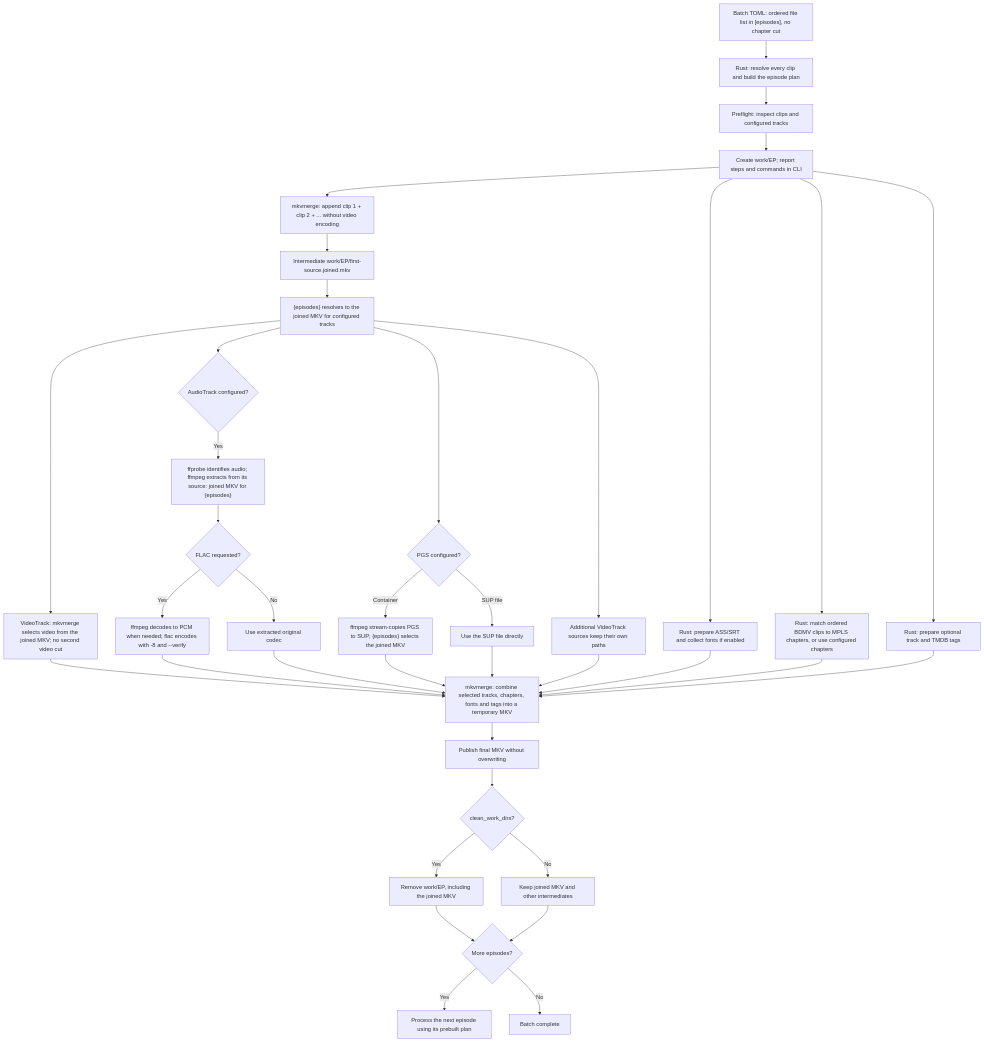
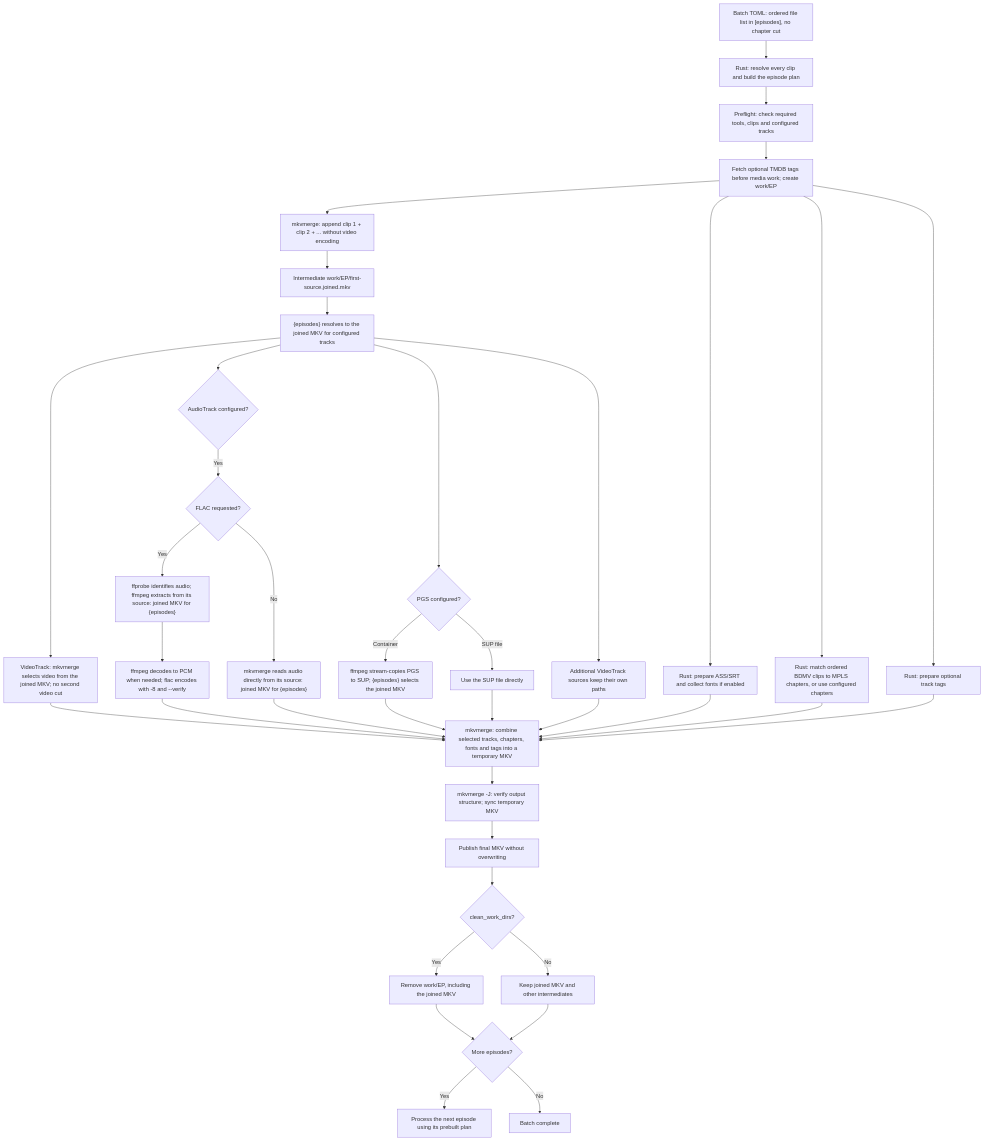
The diagram in docs/multi-part-flow.mmd (IncYami/muxcraft), drawn with Mermaid before and after one commit. The commit also changed 17 other files, not shown here.

```diff
--- a/docs/multi-part-flow.mmd
+++ b/docs/multi-part-flow.mmd
@@ -1,37 +1,38 @@
 flowchart TD
     A["Batch TOML: ordered file list in [episodes], no chapter cut"] --> B["Rust: resolve every clip and build the episode plan"]
-    B --> C["Preflight: inspect clips and configured tracks"]
-    C --> W["Create work/EP; report steps and commands in CLI"]
+    B --> C["Preflight: check required tools, clips and configured tracks"]
+    C --> W["Fetch optional TMDB tags before media work; create work/EP"]
     W --> JOIN["mkvmerge: append clip 1 + clip 2 + ... without video encoding"]
     JOIN --> JFILE["Intermediate work/EP/first-source.joined.mkv"]
     JFILE --> VAR["{episodes} resolves to the joined MKV for configured tracks"]
     VAR --> V["VideoTrack: mkvmerge selects video from the joined MKV; no second video cut"]
     VAR --> AU{"AudioTrack configured?"}
-    AU -- Yes --> AX["ffprobe identifies audio; ffmpeg extracts from its source: joined MKV for {episodes}"]
-    AX --> AC{"FLAC requested?"}
-    AC -- Yes --> FL["ffmpeg decodes to PCM when needed; flac encodes with -8 and --verify"]
-    AC -- No --> CP["Use extracted original codec"]
+    AU -- Yes --> AC{"FLAC requested?"}
+    AC -- Yes --> AX["ffprobe identifies audio; ffmpeg extracts from its source: joined MKV for {episodes}"]
+    AX --> FL["ffmpeg decodes to PCM when needed; flac encodes with -8 and --verify"]
+    AC -- No --> CP["mkvmerge reads audio directly from its source: joined MKV for {episodes}"]
     VAR --> PG{"PGS configured?"}
     PG -- Container --> PX["ffmpeg stream-copies PGS to SUP; {episodes} selects the joined MKV"]
     PG -- SUP file --> PD["Use the SUP file directly"]
     VAR --> OTHER["Additional VideoTrack sources keep their own paths"]
     W --> SUB["Rust: prepare ASS/SRT and collect fonts if enabled"]
     W --> CH["Rust: match ordered BDMV clips to MPLS chapters, or use configured chapters"]
-    W --> TAG["Rust: prepare optional track and TMDB tags"]
+    W --> TAG["Rust: prepare optional track tags"]
     V --> MX["mkvmerge: combine selected tracks, chapters, fonts and tags into a temporary MKV"]
     FL --> MX
     CP --> MX
     PX --> MX
     PD --> MX
     OTHER --> MX
     SUB --> MX
     CH --> MX
     TAG --> MX
-    MX --> OUT["Publish final MKV without overwriting"]
+    MX --> VERIFY["mkvmerge -J: verify output structure; sync temporary MKV"]
+    VERIFY --> OUT["Publish final MKV without overwriting"]
     OUT --> CLEAN{"clean_work_dirs?"}
     CLEAN -- Yes --> RM["Remove work/EP, including the joined MKV"]
     CLEAN -- No --> KEEP["Keep joined MKV and other intermediates"]
     RM --> NEXT{"More episodes?"}
     KEEP --> NEXT
     NEXT -- Yes --> REPEAT["Process the next episode using its prebuilt plan"]
     NEXT -- No --> DONE["Batch complete"]
```
